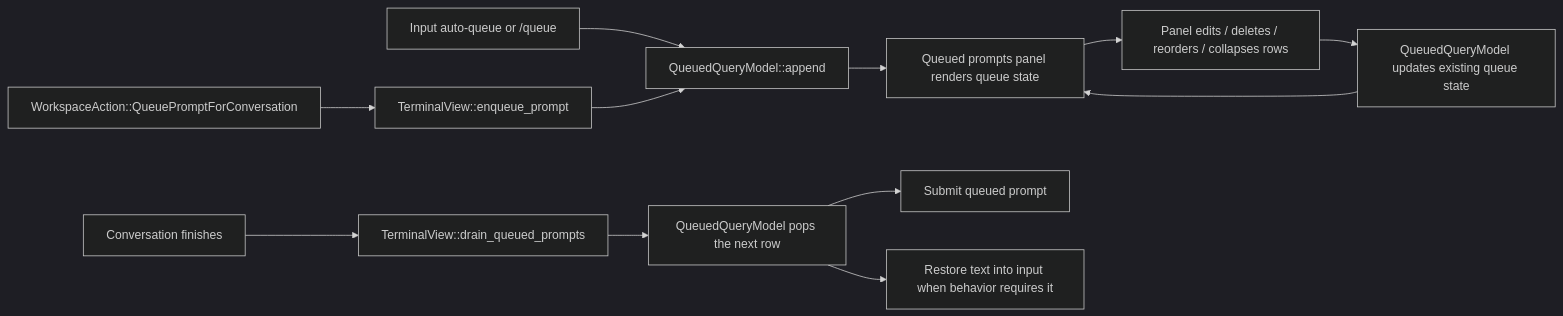
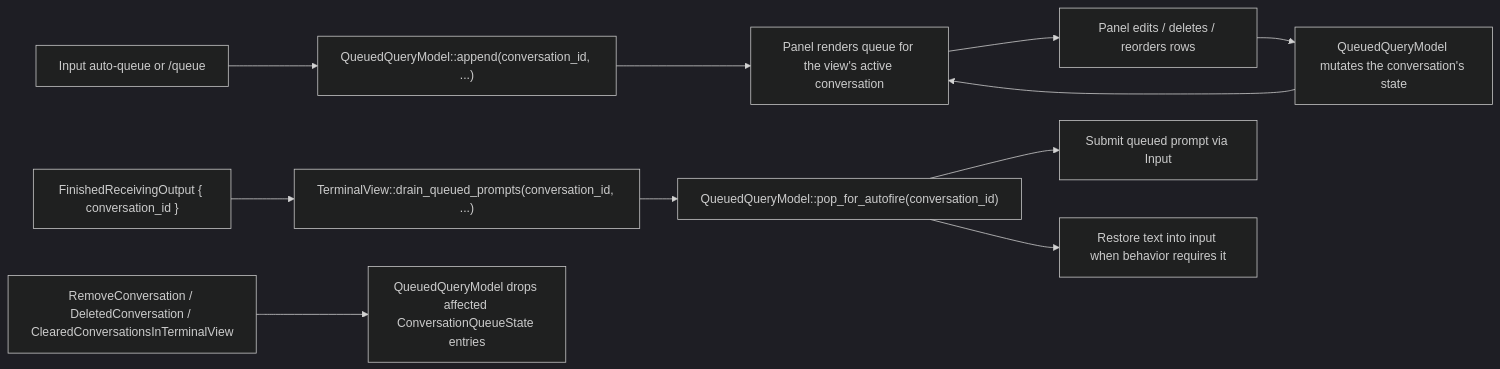
One commit to warpdotdev/warp changed the diagram in specs/REMOTE-1543/TECH.md. Above: the diagram before and after it, drawn with Mermaid (dark theme). The commit also changed other lines of this file and 11 other files, not shown here.

Commit message:
change queued prompt model to a singleton

````diff
--- a/specs/REMOTE-1543/TECH.md
+++ b/specs/REMOTE-1543/TECH.md
@@ -72,14 +77,13 @@
 ```mermaid
 flowchart LR
-    A["Input auto-queue or /queue"] --> B["QueuedQueryModel::append"]
-    C["WorkspaceAction::QueuePromptForConversation"] --> D["TerminalView::enqueue_prompt"]
-    D --> B
-    B --> E["Queued prompts panel renders queue state"]
-    E --> F["Panel edits / deletes / reorders / collapses rows"]
-    F --> G["QueuedQueryModel updates existing queue state"]
+    A["Input auto-queue or /queue"] --> B["QueuedQueryModel::append(conversation_id, ...)"]
+    B --> E["Panel renders queue for the view's active conversation"]
+    E --> F["Panel edits / deletes / reorders rows"]
+    F --> G["QueuedQueryModel mutates the conversation's state"]
     G --> E
-    H["Conversation finishes"] --> I["TerminalView::drain_queued_prompts"]
-    I --> J["QueuedQueryModel pops the next row"]
-    J --> K["Submit queued prompt"]
+    H["FinishedReceivingOutput { conversation_id }"] --> I["TerminalView::drain_queued_prompts(conversation_id, ...)"]
+    I --> J["QueuedQueryModel::pop_for_autofire(conversation_id)"]
+    J --> K["Submit queued prompt via Input"]
     J --> L["Restore text into input when behavior requires it"]
+    M["RemoveConversation / DeletedConversation / ClearedConversationsInTerminalView"] --> N["QueuedQueryModel drops affected ConversationQueueState entries"]
 ```
````
